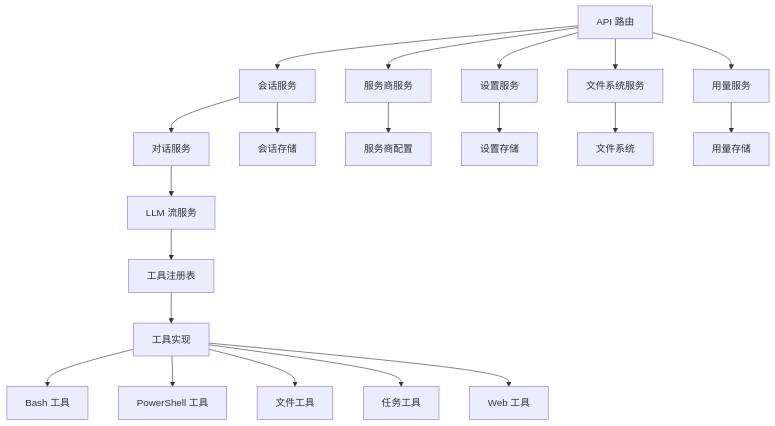
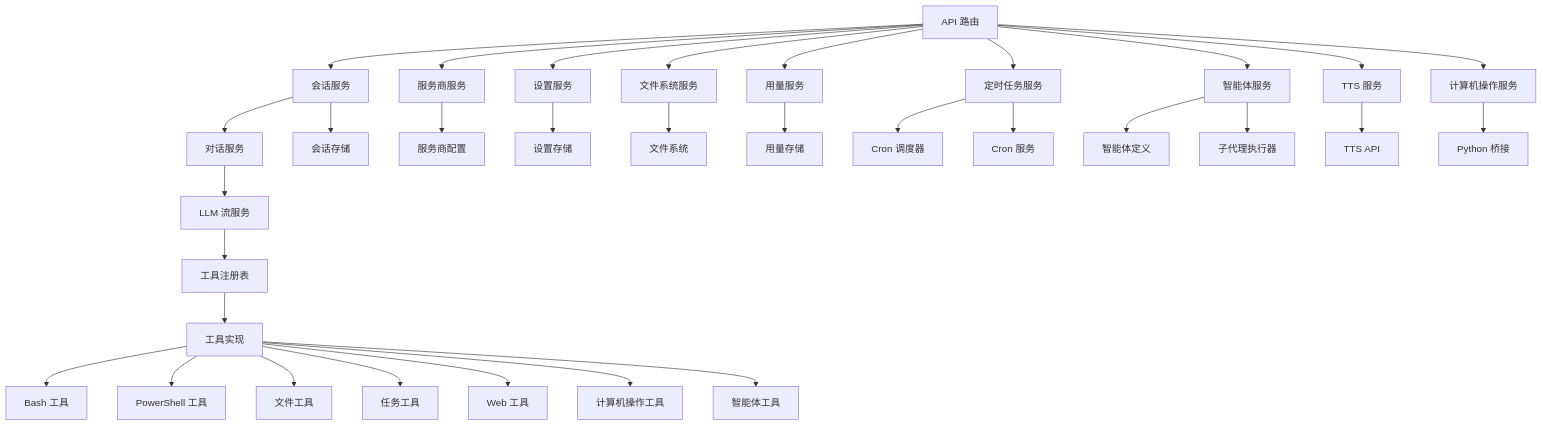
The fifth of 6 diagrams in openwiki/architecture/server.md (guobinnew/space-ai), drawn with Mermaid before and after one commit. The commit also changed other lines of this file and 25 other files, not shown here.

````diff
--- a/openwiki/architecture/server.md
+++ b/openwiki/architecture/server.md
@@ -421,25 +459,37 @@
 ```mermaid
 graph TB
     A[API 路由] --> B[会话服务]
     A --> C[服务商服务]
     A --> D[设置服务]
     A --> E[文件系统服务]
     A --> F[用量服务]
+    A --> G[定时任务服务]
+    A --> H[智能体服务]
+    A --> I[TTS 服务]
+    A --> J[计算机操作服务]
     
-    B --> G[对话服务]
-    G --> H[LLM 流服务]
-    H --> I[工具注册表]
+    B --> K[对话服务]
+    K --> L[LLM 流服务]
+    L --> M[工具注册表]
     
-    B --> J[会话存储]
-    C --> K[服务商配置]
-    D --> L[设置存储]
-    E --> M[文件系统]
-    F --> N[用量存储]
+    B --> N[会话存储]
+    C --> O[服务商配置]
+    D --> P[设置存储]
+    E --> Q[文件系统]
+    F --> R[用量存储]
+    G --> S[Cron 调度器]
+    G --> T[Cron 服务]
+    H --> U[智能体定义]
+    H --> V[子代理执行器]
+    I --> W[TTS API]
+    J --> X[Python 桥接]
     
-    I --> O[工具实现]
-    O --> P[Bash 工具]
-    O --> Q[PowerShell 工具]
-    O --> R[文件工具]
-    O --> S[任务工具]
-    O --> T[Web 工具]
+    M --> Y[工具实现]
+    Y --> Z[Bash 工具]
+    Y --> AA[PowerShell 工具]
+    Y --> AB[文件工具]
+    Y --> AC[任务工具]
+    Y --> AD[Web 工具]
+    Y --> AE[计算机操作工具]
+    Y --> AF[智能体工具]
 ```
````
